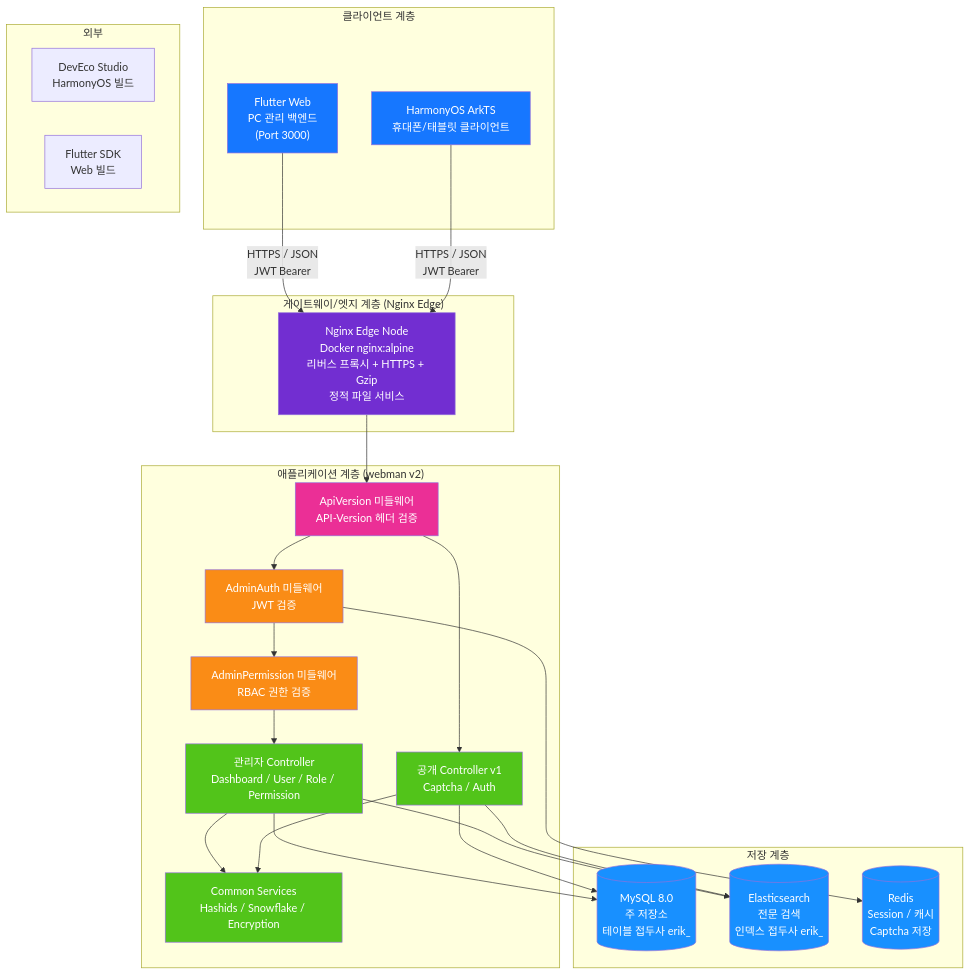
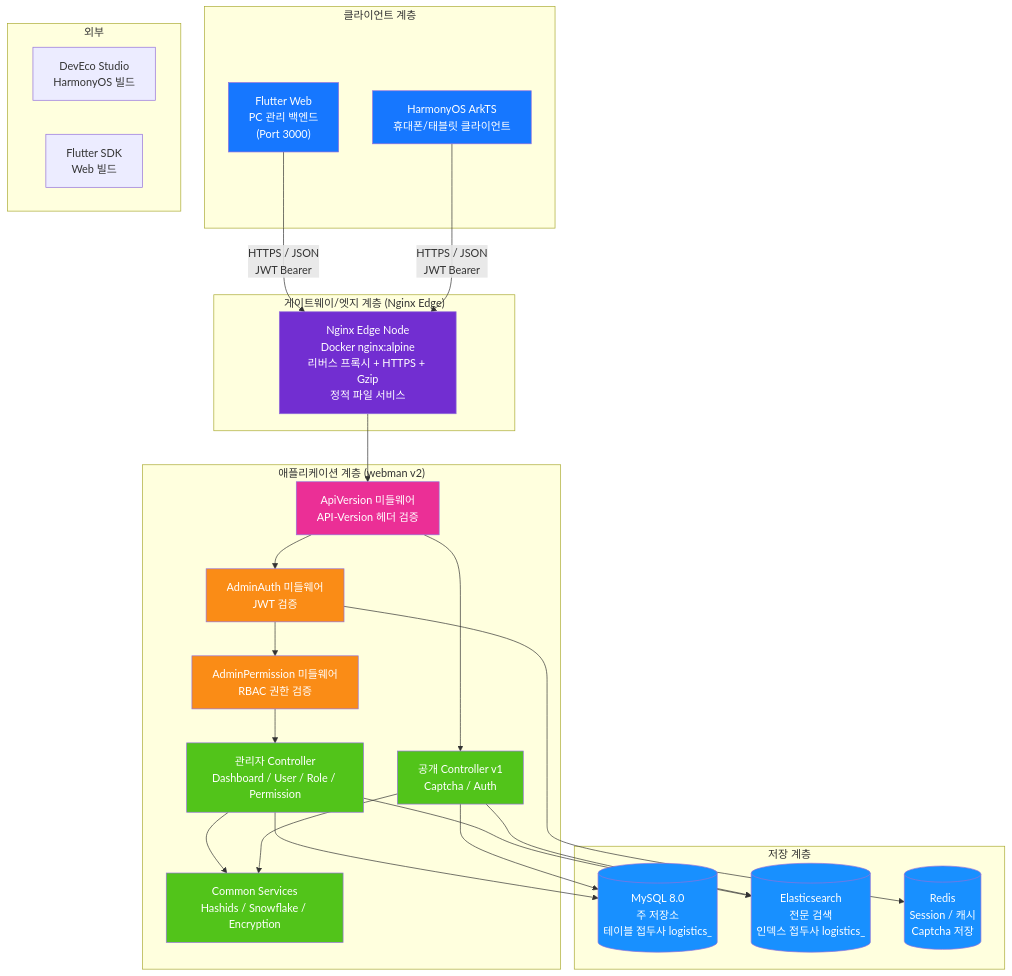
The first of 14 diagrams in admin/docs/ARCHITECTURE.ko.md (erikwang2013/integrated-global-logistics), drawn with Mermaid before and after one commit. The commit also changed other lines of this file and 211 other files, not shown here.

````diff
--- a/admin/docs/ARCHITECTURE.ko.md
+++ b/admin/docs/ARCHITECTURE.ko.md
@@ -13,59 +13,59 @@
 ```mermaid
 flowchart TB
     subgraph "클라이언트 계층"
         A1["Flutter Web<br/>PC 관리 백엔드<br/>(Port 3000)"]
         A2["HarmonyOS ArkTS<br/>휴대폰/태블릿 클라이언트"]
     end
 
     subgraph "게이트웨이/엣지 계층 (Nginx Edge)"
         B1["Nginx Edge Node<br/>Docker nginx:alpine<br/>리버스 프록시 + HTTPS + Gzip<br/>정적 파일 서비스"]
     end
 
     subgraph "애플리케이션 계층 (webman v2)"
         C0["ApiVersion 미들웨어<br/>API-Version 헤더 검증"]
         C1["AdminAuth 미들웨어<br/>JWT 검증"]
         C2["AdminPermission 미들웨어<br/>RBAC 권한 검증"]
         C3["관리자 Controller<br/>Dashboard / User / Role / Permission"]
         C4["공개 Controller v1<br/>Captcha / Auth"]
         C5["Common Services<br/>Hashids / Snowflake / Encryption"]
     end
 
     subgraph "저장 계층"
-        D1[("MySQL 8.0<br/>주 저장소<br/>테이블 접두사 erik_")]
-        D2[("Elasticsearch<br/>전문 검색<br/>인덱스 접두사 erik_")]
+        D1[("MySQL 8.0<br/>주 저장소<br/>테이블 접두사 logistics_")]
+        D2[("Elasticsearch<br/>전문 검색<br/>인덱스 접두사 logistics_")]
         D3[("Redis<br/>Session / 캐시<br/>Captcha 저장")]
     end
 
     subgraph "외부"
         E1["DevEco Studio<br/>HarmonyOS 빌드"]
         E2["Flutter SDK<br/>Web 빌드"]
     end
 
     A1 -->|"HTTPS / JSON<br/>JWT Bearer"| B1
     A2 -->|"HTTPS / JSON<br/>JWT Bearer"| B1
     B1 --> C0
     C0 --> C1
     C1 --> C2
     C2 --> C3
     C0 --> C4
     C3 --> C5
     C4 --> C5
     C3 --> D1
     C4 --> D1
     C3 --> D2
     C4 --> D2
     C1 --> D3
 
     style A1 fill:#1677FF,color:#fff
     style A2 fill:#1677FF,color:#fff
     style B1 fill:#722ED1,color:#fff
     style C0 fill:#EB2F96,color:#fff
     style C1 fill:#FA8C16,color:#fff
     style C2 fill:#FA8C16,color:#fff
     style C3 fill:#52C41A,color:#fff
     style C4 fill:#52C41A,color:#fff
     style C5 fill:#52C41A,color:#fff
     style D1 fill:#1890FF,color:#fff
     style D2 fill:#1890FF,color:#fff
     style D3 fill:#1890FF,color:#fff
 ```
````
